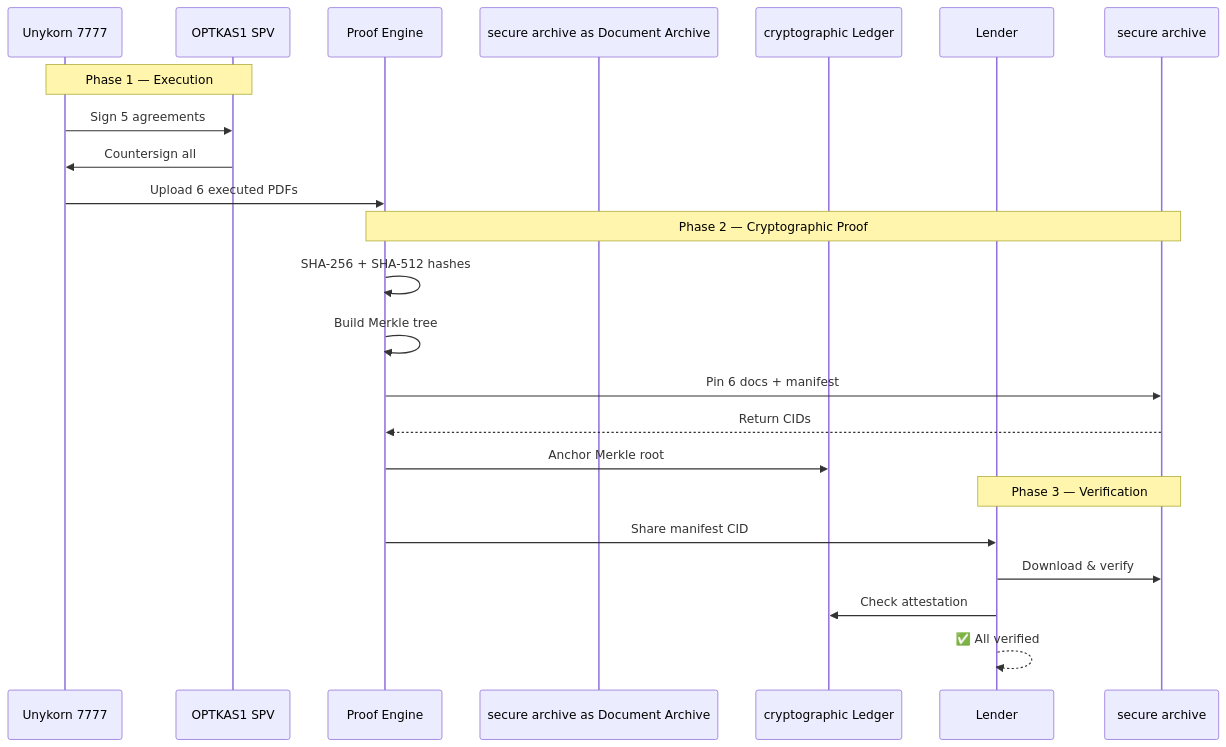
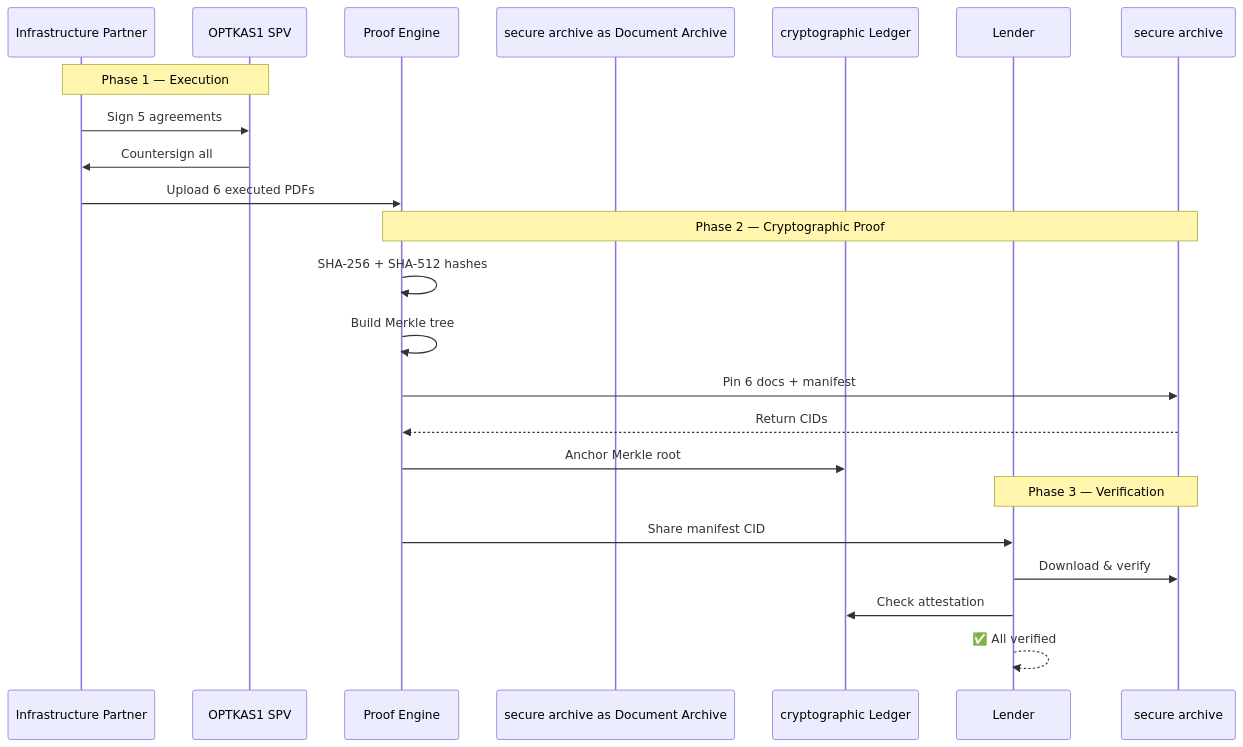
One commit to unykornai/Institutional-Funding-Repo-For-Optkas- changed the second of 2 diagrams in EXECUTION_v1/07_LENDER_PROOF_PACKAGE/LENDER_PROOF_PACKAGE.md. Above: the diagram before and after it, drawn with Mermaid. The commit also changed 25 other files, not shown here.

````diff
--- a/EXECUTION_v1/07_LENDER_PROOF_PACKAGE/LENDER_PROOF_PACKAGE.md
+++ b/EXECUTION_v1/07_LENDER_PROOF_PACKAGE/LENDER_PROOF_PACKAGE.md
@@ -73,27 +73,27 @@
 ```mermaid
 sequenceDiagram
-    participant U as Unykorn 7777
+    participant U as Infrastructure Partner
     participant O as OPTKAS1 SPV
     participant SYS as Proof Engine
     participant secure archive as Document Archive
     participant cryptographic as cryptographic Ledger
     participant L as Lender
 
     Note over U,O: Phase 1 — Execution
     U->>O: Sign 5 agreements
     O->>U: Countersign all
     U->>SYS: Upload 6 executed PDFs
 
     Note over SYS,secure archive: Phase 2 — Cryptographic Proof
     SYS->>SYS: SHA-256 + SHA-512 hashes
     SYS->>SYS: Build Merkle tree
     SYS->>secure archive: Pin 6 docs + manifest
     secure archive-->>SYS: Return CIDs
     SYS->>cryptographic: Anchor Merkle root
 
     Note over L,secure archive: Phase 3 — Verification
     SYS->>L: Share manifest CID
     L->>secure archive: Download & verify
     L->>cryptographic: Check attestation
     L-->>L: ✅ All verified
 ```
````
